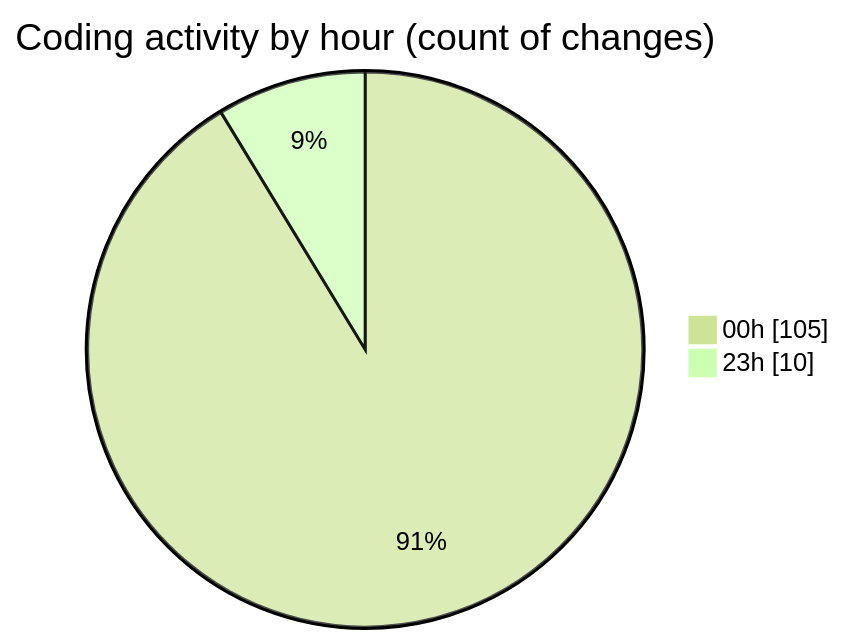
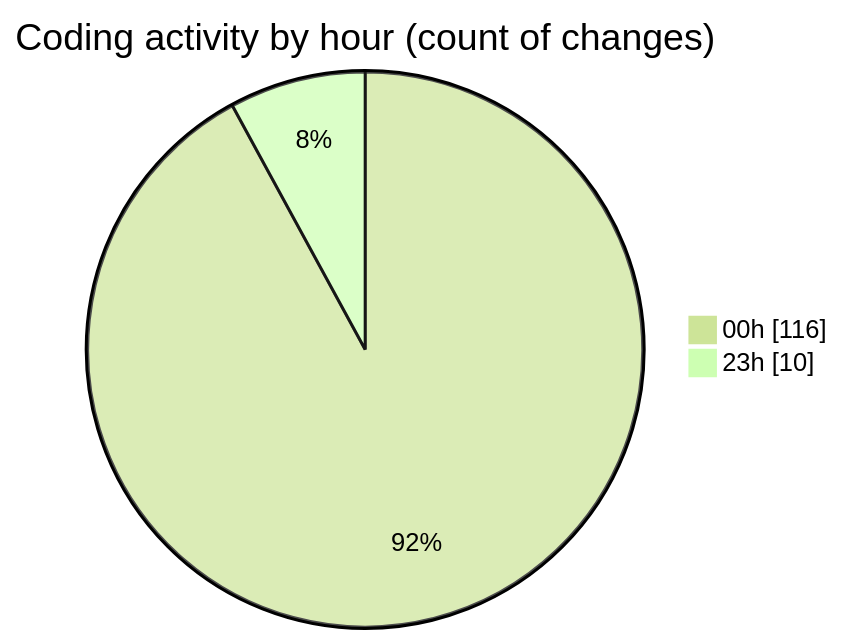
Before and after one commit to Ritupan-Deka/code-tracking: the second of 2 diagrams in 2025-07-18/mern-workoutboard/README.md, drawn with Mermaid (forest theme). The commit also changed other lines of this file and 1 other file, not shown here.

````diff
--- a/2025-07-18/mern-workoutboard/README.md
+++ b/2025-07-18/mern-workoutboard/README.md
@@ -30,6 +32,6 @@
 ```mermaid
 pie showData
 title Coding activity by hour (count of changes)
-"00h" : 105
+"00h" : 116
 "23h" : 10
 ```
````
